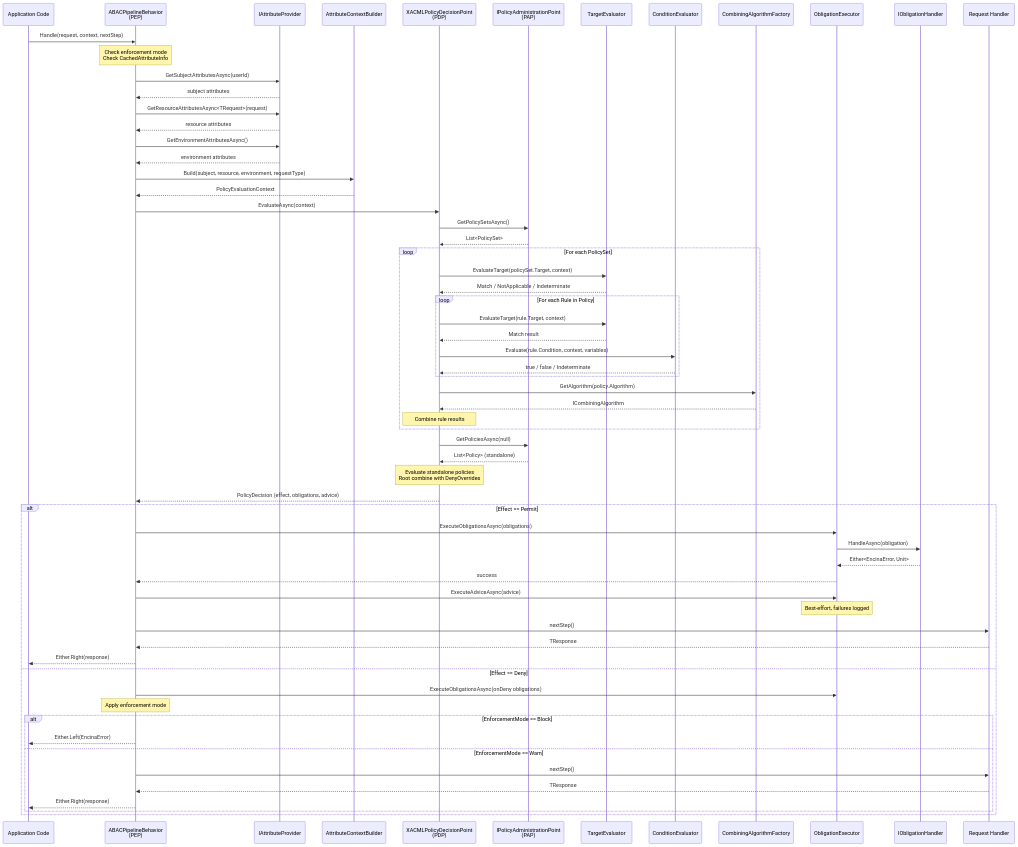
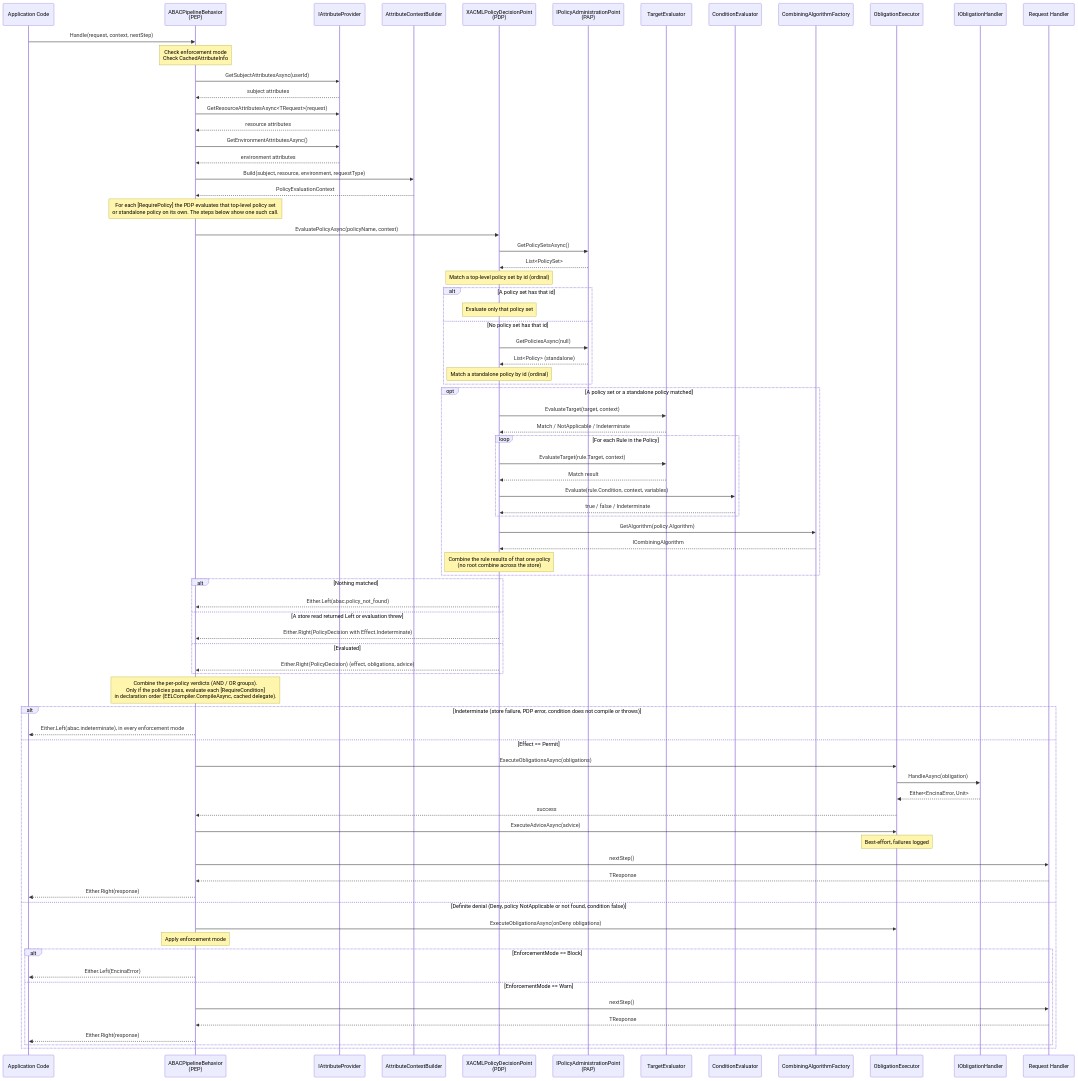
The third of 4 diagrams in docs/features/abac/xacml/architecture.md (dlrivada/Encina), drawn with Mermaid before and after one commit. The commit also changed other lines of this file and 51 other files, not shown here.

First line of the commit message:
fix(abac): enforce RequirePolicy and RequireCondition as documented; obligation handler exceptions fail closed (#1634) (#1650)

```diff
--- a/docs/features/abac/xacml/architecture.md
+++ b/docs/features/abac/xacml/architecture.md
@@ -488,16 +495,26 @@
     PEP->>CB: Build(subject, resource, environment, requestType)
     CB-->>PEP: PolicyEvaluationContext
 
-    PEP->>PDP: EvaluateAsync(context)
+    Note over PEP: For each [RequirePolicy] the PDP evaluates that top-level policy set<br/>or standalone policy on its own. The steps below show one such call.
+    PEP->>PDP: EvaluatePolicyAsync(policyName, context)
 
     PDP->>PAP: GetPolicySetsAsync()
     PAP-->>PDP: List<PolicySet>
+    Note over PDP: Match a top-level policy set by id (ordinal)
 
-    loop For each PolicySet
-        PDP->>TE: EvaluateTarget(policySet.Target, context)
+    alt A policy set has that id
+        Note over PDP: Evaluate only that policy set
+    else No policy set has that id
+        PDP->>PAP: GetPoliciesAsync(null)
+        PAP-->>PDP: List<Policy> (standalone)
+        Note over PDP: Match a standalone policy by id (ordinal)
+    end
+
+    opt A policy set or a standalone policy matched
+        PDP->>TE: EvaluateTarget(target, context)
         TE-->>PDP: Match / NotApplicable / Indeterminate
 
-        loop For each Rule in Policy
+        loop For each Rule in the Policy
             PDP->>TE: EvaluateTarget(rule.Target, context)
             TE-->>PDP: Match result
             PDP->>CE: Evaluate(rule.Condition, context, variables)
@@ -506,16 +523,22 @@
 
         PDP->>CA: GetAlgorithm(policy.Algorithm)
         CA-->>PDP: ICombiningAlgorithm
-        Note over PDP: Combine rule results
+        Note over PDP: Combine the rule results of that one policy<br/>(no root combine across the store)
     end
 
-    PDP->>PAP: GetPoliciesAsync(null)
-    PAP-->>PDP: List<Policy> (standalone)
-    Note over PDP: Evaluate standalone policies<br/>Root combine with DenyOverrides
+    alt Nothing matched
+        PDP-->>PEP: Either.Left(abac.policy_not_found)
+    else A store read returned Left or evaluation threw
+        PDP-->>PEP: Either.Right(PolicyDecision with Effect.Indeterminate)
+    else Evaluated
+        PDP-->>PEP: Either.Right(PolicyDecision) (effect, obligations, advice)
+    end
 
-    PDP-->>PEP: PolicyDecision (effect, obligations, advice)
+    Note over PEP: Combine the per-policy verdicts (AND / OR groups).<br/>Only if the policies pass, evaluate each [RequireCondition]<br/>in declaration order (EELCompiler.CompileAsync, cached delegate).
 
-    alt Effect == Permit
+    alt Indeterminate (store failure, PDP error, condition does not compile or throws)
+        PEP-->>App: Either.Left(abac.indeterminate), in every enforcement mode
+    else Effect == Permit
         PEP->>OE: ExecuteObligationsAsync(obligations)
         OE->>OH: HandleAsync(obligation)
         OH-->>OE: Either<EncinaError, Unit>
@@ -528,7 +551,7 @@
         Handler-->>PEP: TResponse
         PEP-->>App: Either.Right(response)
 
-    else Effect == Deny
+    else Definite denial (Deny, policy NotApplicable or not found, condition false)
         PEP->>OE: ExecuteObligationsAsync(onDeny obligations)
         Note over PEP: Apply enforcement mode
 
```
